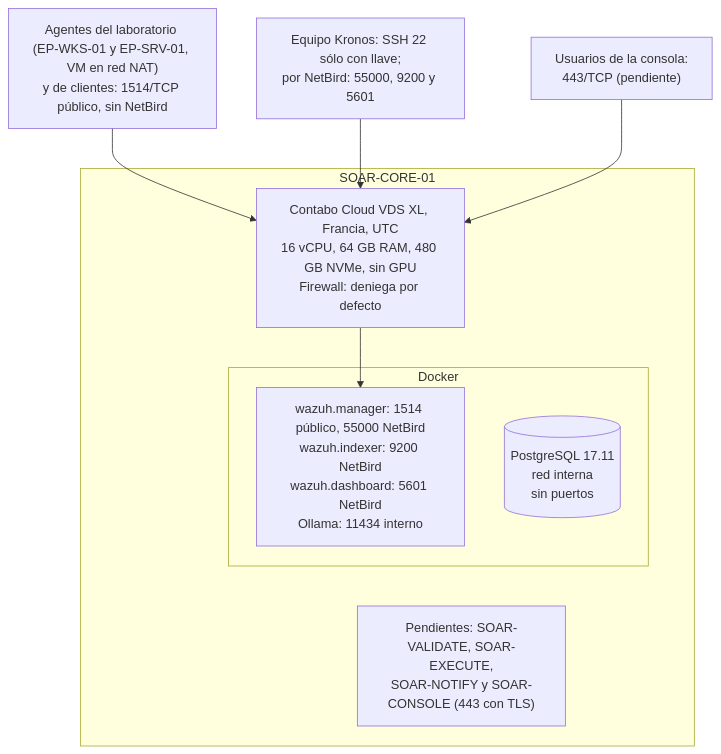
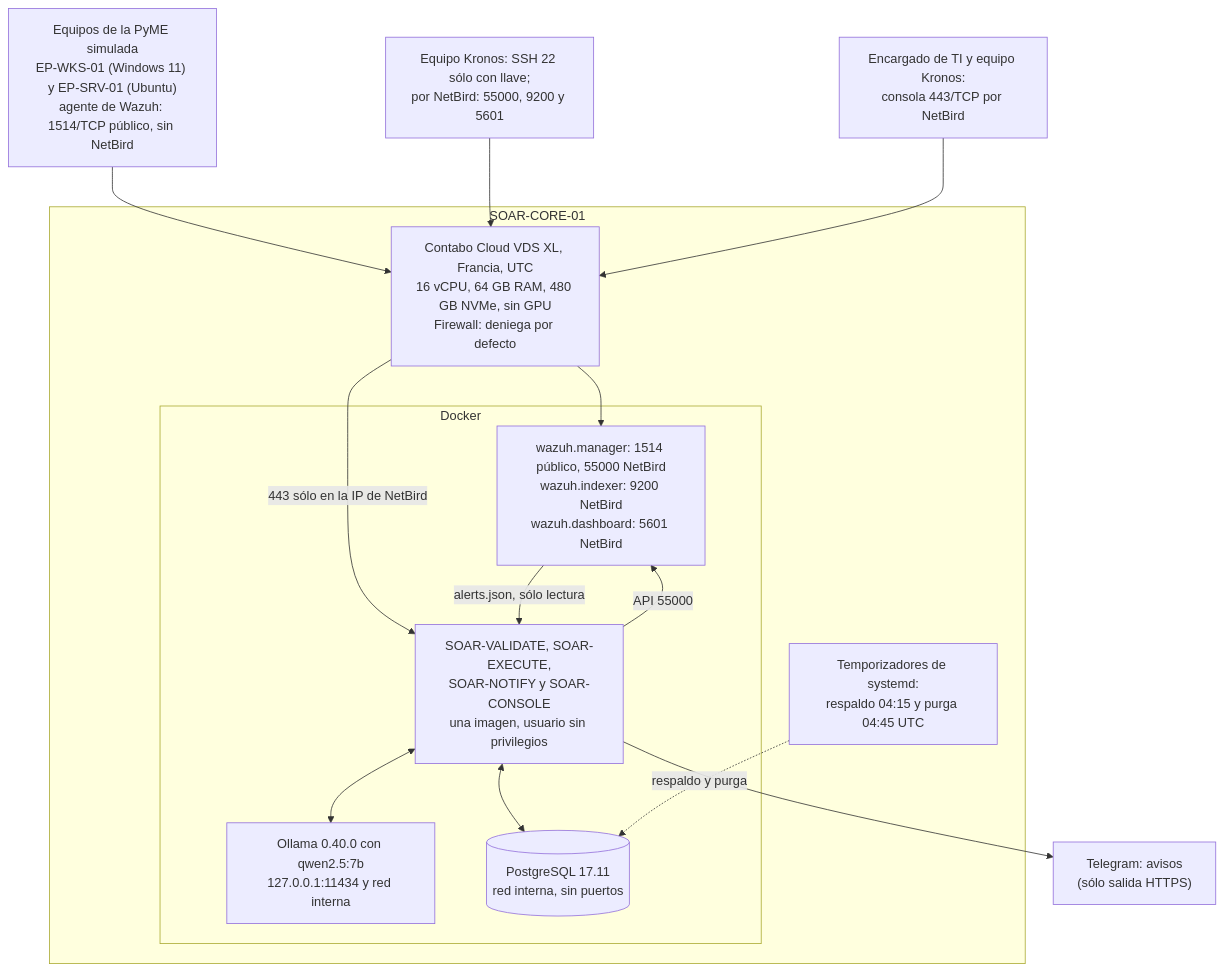
The diagram in docs/diagramas/09_despliegue.mmd (soaria186/kronos-ai), drawn with Mermaid before and after one commit. The commit also changed 28 other files, not shown here.

First line of the commit message:
docs(diagramas): al día con la v1.0 y el replanteamiento PyME

```diff
--- a/docs/diagramas/09_despliegue.mmd
+++ b/docs/diagramas/09_despliegue.mmd
@@ -1,18 +1,26 @@
 flowchart TB
-    AG["Agentes del laboratorio (EP-WKS-01 y EP-SRV-01, VM en red NAT)<br/>y de clientes: 1514/TCP público, sin NetBird"]
+    AG["Equipos de la PyME simulada<br/>EP-WKS-01 (Windows 11) y EP-SRV-01 (Ubuntu)<br/>agente de Wazuh: 1514/TCP público, sin NetBird"]
     EQ["Equipo Kronos: SSH 22 sólo con llave;<br/>por NetBird: 55000, 9200 y 5601"]
-    US["Usuarios de la consola:<br/>443/TCP (pendiente)"]
+    US["Encargado de TI y equipo Kronos:<br/>consola 443/TCP por NetBird"]
+    TG["Telegram: avisos<br/>(sólo salida HTTPS)"]
     subgraph CORE["SOAR-CORE-01"]
         FW["Contabo Cloud VDS XL, Francia, UTC<br/>16 vCPU, 64 GB RAM, 480 GB NVMe, sin GPU<br/>Firewall: deniega por defecto"]
         subgraph DOCKER["Docker"]
-            WZ["wazuh.manager: 1514 público, 55000 NetBird<br/>wazuh.indexer: 9200 NetBird<br/>wazuh.dashboard: 5601 NetBird<br/>Ollama: 11434 interno"]
-            PG[("PostgreSQL 17.11<br/>red interna<br/>sin puertos")]
+            WZ["wazuh.manager: 1514 público, 55000 NetBird<br/>wazuh.indexer: 9200 NetBird<br/>wazuh.dashboard: 5601 NetBird"]
+            SV["SOAR-VALIDATE, SOAR-EXECUTE,<br/>SOAR-NOTIFY y SOAR-CONSOLE<br/>una imagen, usuario sin privilegios"]
+            OL["Ollama 0.40.0 con qwen2.5:7b<br/>127.0.0.1:11434 y red interna"]
+            PG[("PostgreSQL 17.11<br/>red interna, sin puertos")]
         end
-        FUT["Pendientes: SOAR-VALIDATE, SOAR-EXECUTE,<br/>SOAR-NOTIFY y SOAR-CONSOLE (443 con TLS)"]
+        TM["Temporizadores de systemd:<br/>respaldo 04:15 y purga 04:45 UTC"]
     end
     AG --> FW
     EQ --> FW
     US --> FW
     FW --> WZ
-    WZ ~~~ FUT
-    PG ~~~ FUT
+    FW -- "443 sólo en la IP de NetBird" --> SV
+    WZ -- "alerts.json, sólo lectura" --> SV
+    SV -- "API 55000" --> WZ
+    SV <--> OL
+    SV <--> PG
+    SV --> TG
+    TM -. "respaldo y purga" .-> PG
```
